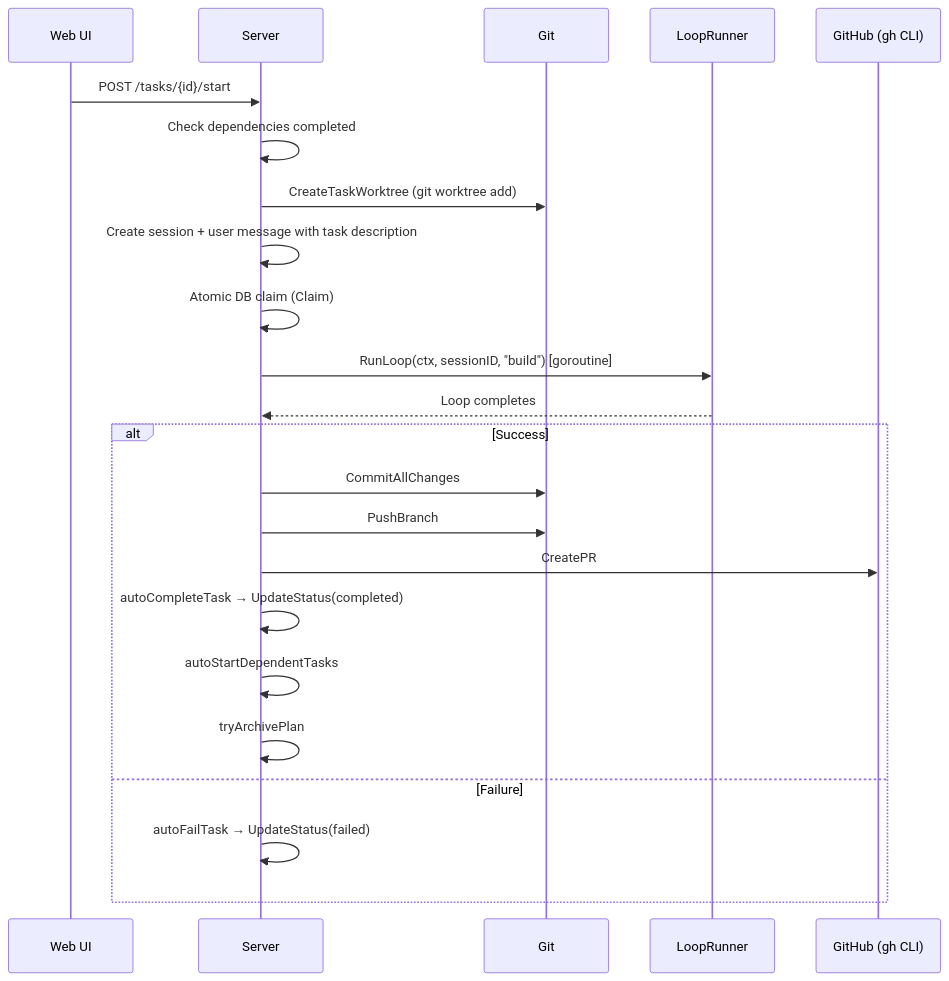
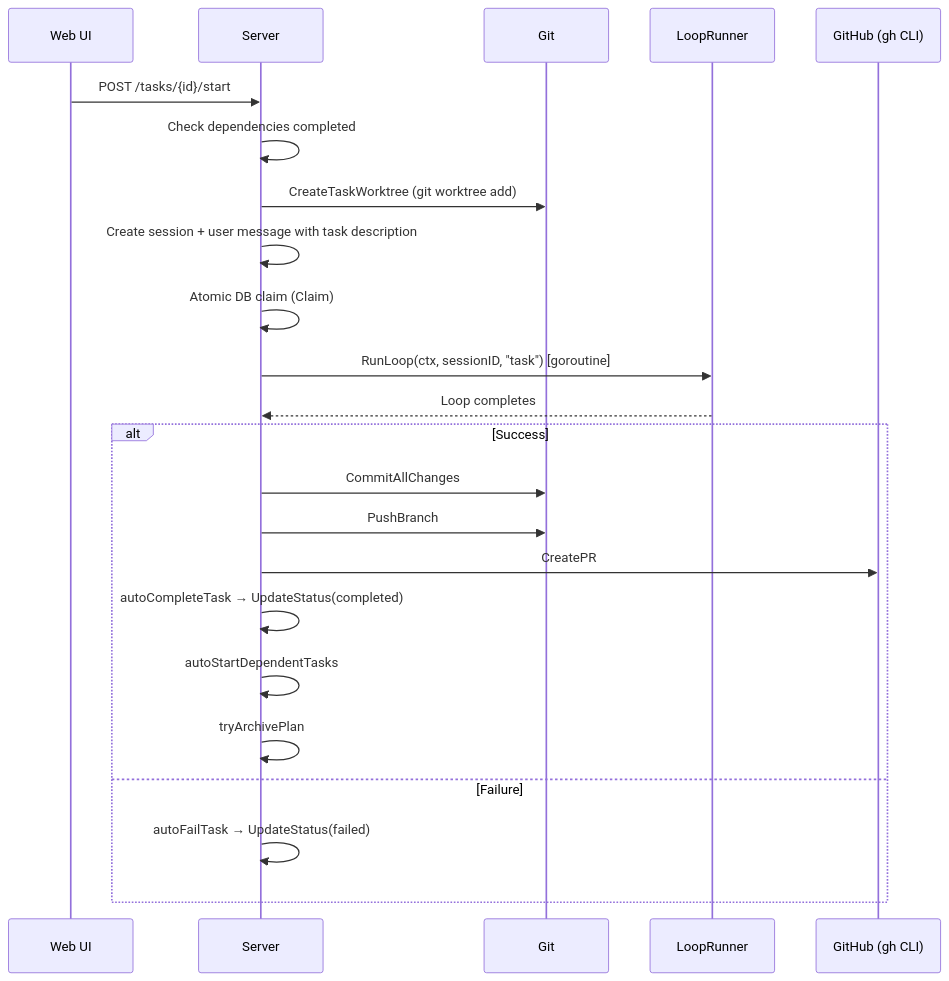
One commit to prasenjeet-symon/ogcode changed the fourth of 5 diagrams in docs/OUTLINE.md. Above: the diagram before and after it, drawn with Mermaid. The commit also changed other lines of this file and 133 other files, not shown here.

````diff
--- a/docs/OUTLINE.md
+++ b/docs/OUTLINE.md
@@ -266,26 +305,26 @@
 ```mermaid
 sequenceDiagram
     participant UI as Web UI
     participant S as Server
     participant Git as Git
     participant LR as LoopRunner
     participant GH as GitHub (gh CLI)
 
     UI->>S: POST /tasks/{id}/start
     S->>S: Check dependencies completed
     S->>Git: CreateTaskWorktree (git worktree add)
     S->>S: Create session + user message with task description
     S->>S: Atomic DB claim (Claim)
-    S->>LR: RunLoop(ctx, sessionID, "build") [goroutine]
+    S->>LR: RunLoop(ctx, sessionID, "task") [goroutine]
     LR-->>S: Loop completes
     alt Success
         S->>Git: CommitAllChanges
         S->>Git: PushBranch
         S->>GH: CreatePR
         S->>S: autoCompleteTask → UpdateStatus(completed)
         S->>S: autoStartDependentTasks
         S->>S: tryArchivePlan
     else Failure
         S->>S: autoFailTask → UpdateStatus(failed)
     end
 ```
````
